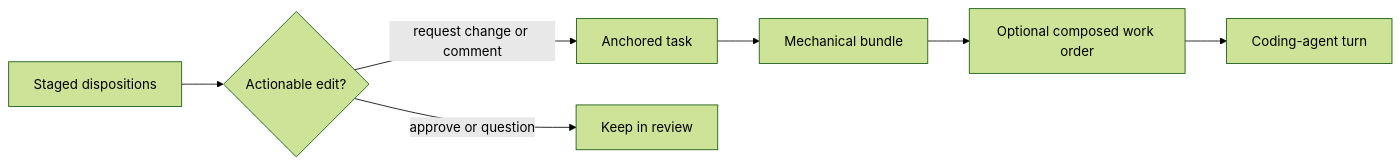
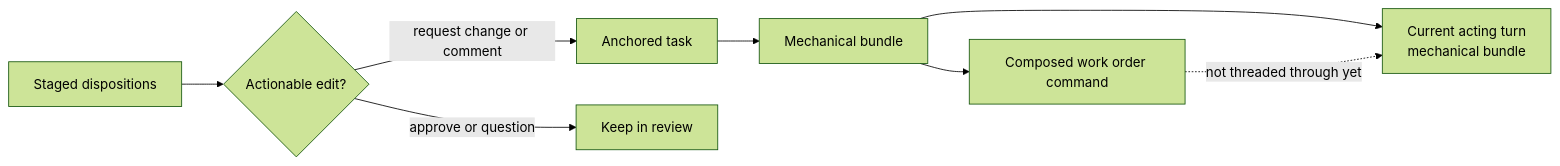
One commit to rbutera/Rennet changed the second of 5 diagrams in docs/src/content/docs/developing/concepts/agent-handoff.md. Above: the diagram before and after it, drawn with Mermaid (forest theme). The commit also changed other lines of this file and 21 other files, not shown here.

Commit message:
docs: restore architecture truth and review semantics

````diff
--- a/docs/src/content/docs/developing/concepts/agent-handoff.md
+++ b/docs/src/content/docs/developing/concepts/agent-handoff.md
@@ -51,9 +62,10 @@
 ```mermaid
 flowchart LR
   dispositions["Staged dispositions"] --> filter{"Actionable edit?"}
   filter -->|request change or comment| task["Anchored task"]
   filter -->|approve or question| local["Keep in review"]
   task --> bundle["Mechanical bundle"]
-  bundle --> composer["Optional composed work order"]
-  composer --> turn["Coding-agent turn"]
+  bundle --> composer["Composed work order command"]
+  bundle --> turn["Current acting turn<br/>mechanical bundle"]
+  composer -. "not threaded through yet" .-> turn
 ```
````
